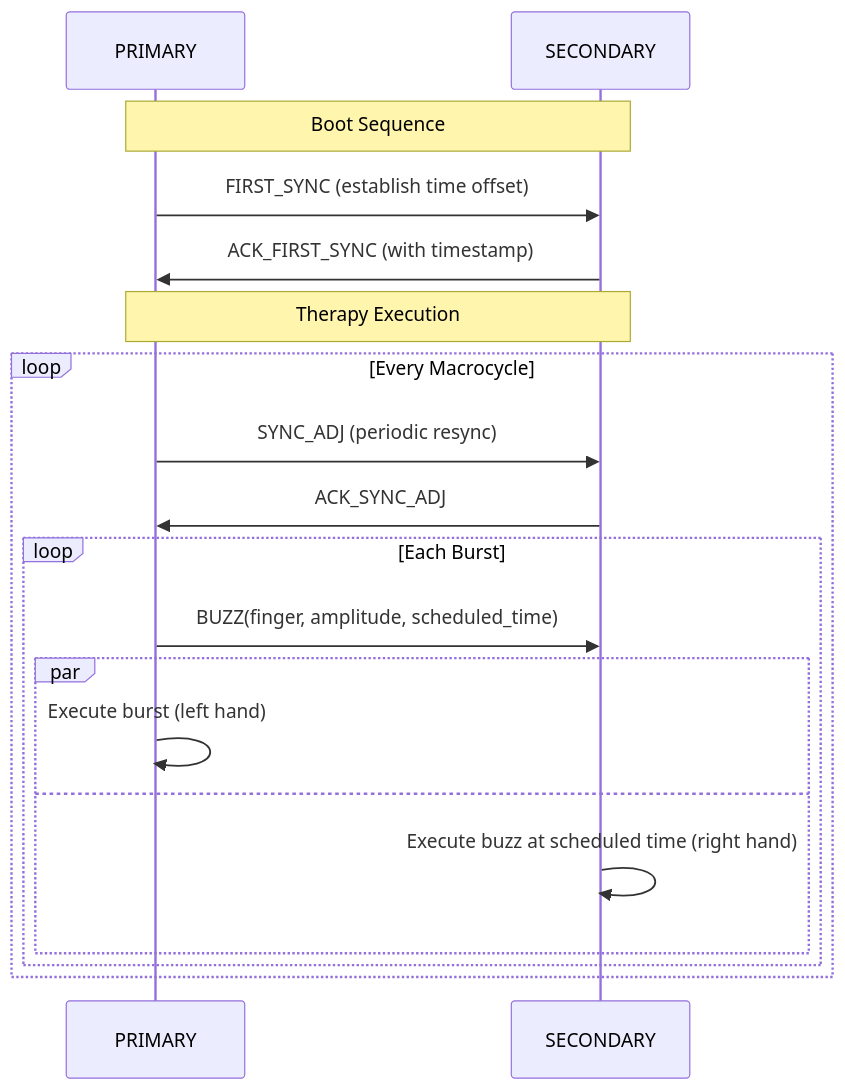
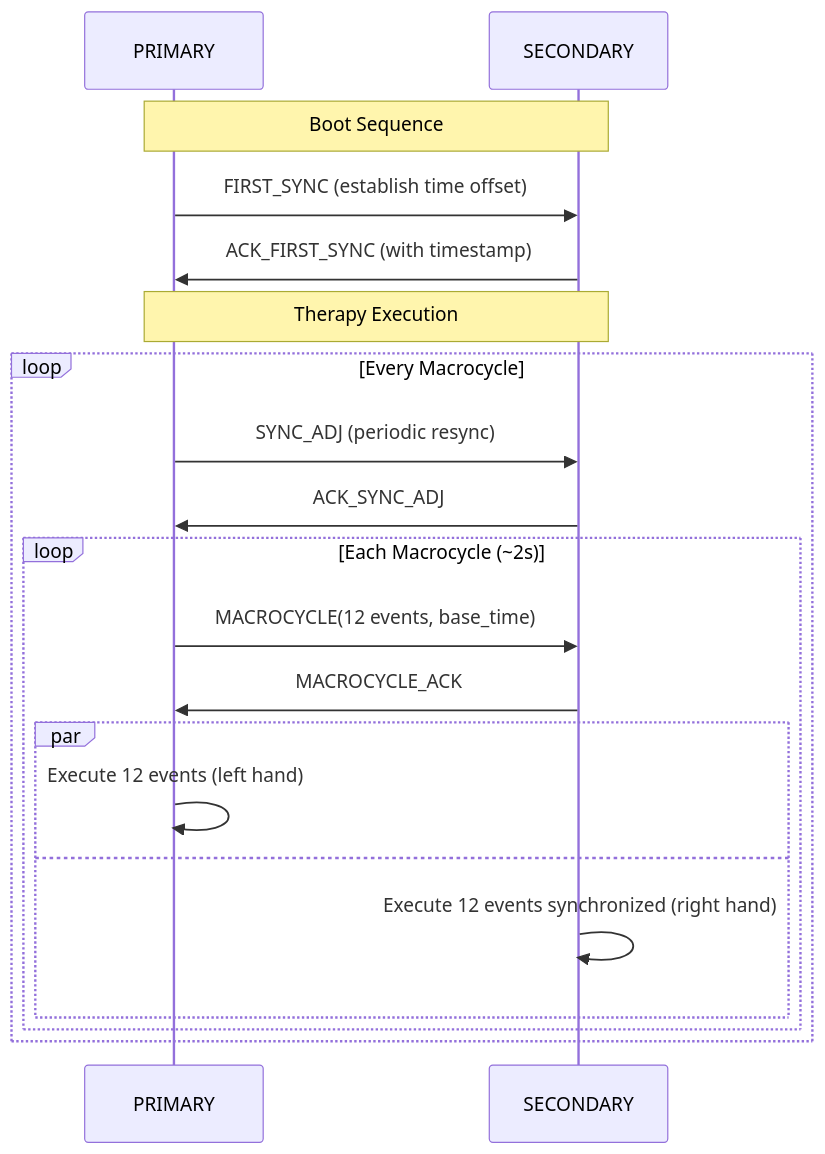
The second of 5 diagrams in docs/ARCHITECTURE.md (BlueBuzzah/BlueBuzzah-Firmware), drawn with Mermaid before and after one commit. The commit also changed other lines of this file and 34 other files, not shown here.

````diff
--- a/docs/ARCHITECTURE.md
+++ b/docs/ARCHITECTURE.md
@@ -858,24 +858,25 @@
 ```mermaid
 sequenceDiagram
     participant P as PRIMARY
     participant S as SECONDARY
 
     Note over P,S: Boot Sequence
     P->>S: FIRST_SYNC (establish time offset)
     S->>P: ACK_FIRST_SYNC (with timestamp)
 
     Note over P,S: Therapy Execution
     loop Every Macrocycle
         P->>S: SYNC_ADJ (periodic resync)
         S->>P: ACK_SYNC_ADJ
 
-        loop Each Burst
-            P->>S: BUZZ(finger, amplitude, scheduled_time)
+        loop Each Macrocycle (~2s)
+            P->>S: MACROCYCLE(12 events, base_time)
+            S->>P: MACROCYCLE_ACK
             par
-              P->>P: Execute burst (left hand)
+              P->>P: Execute 12 events (left hand)
             and
-              S->>S: Execute buzz at scheduled time (right hand)
+              S->>S: Execute 12 events synchronized (right hand)
             end
         end
     end
 ```
````
